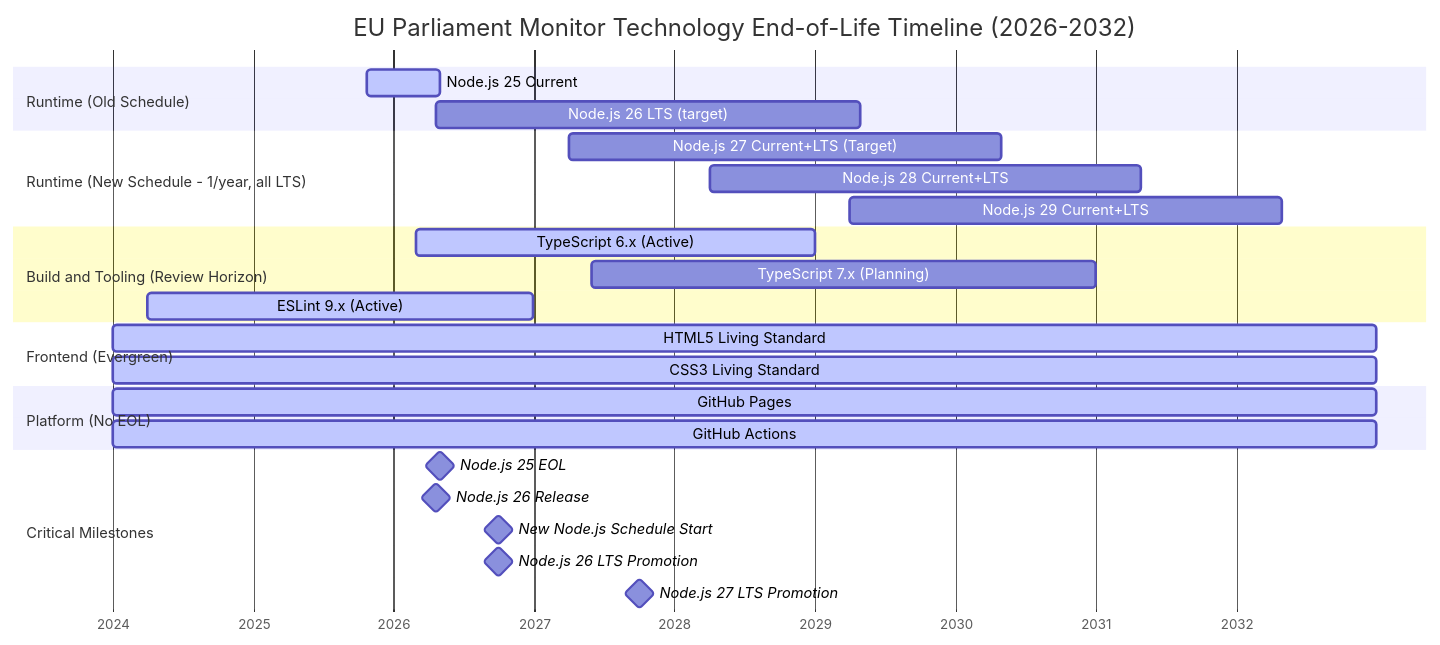
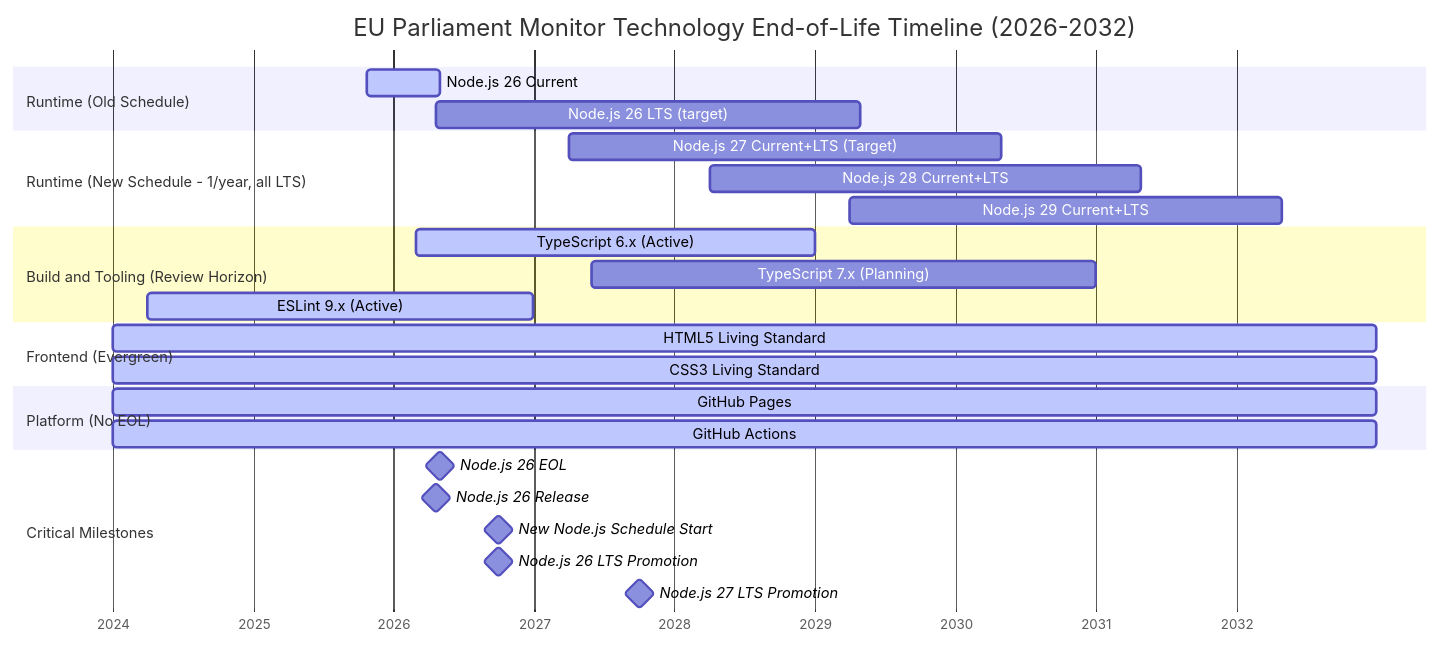
One commit to Hack23/euparliamentmonitor changed the fifth of 6 diagrams in docs/api/media/End-of-Life-Strategy.md. Above: the diagram before and after it, drawn with Mermaid. The commit also changed other lines of this file and 99 other files, not shown here.

````diff
--- a/docs/api/media/End-of-Life-Strategy.md
+++ b/docs/api/media/End-of-Life-Strategy.md
@@ -406,35 +406,35 @@
 ```mermaid
 gantt
     title EU Parliament Monitor Technology End-of-Life Timeline (2026-2032)
     dateFormat YYYY-MM-DD
     axisFormat %Y
 
     section Runtime (Old Schedule)
-    Node.js 25 Current          :active, node25, 2025-10-22, 2026-04-30
+    Node.js 26 Current          :active, node25, 2025-10-22, 2026-04-30
     Node.js 26 LTS (target)     :node26, 2026-04-22, 2029-04-30
 
     section Runtime (New Schedule - 1/year, all LTS)
     Node.js 27 Current+LTS (Target) :node27, 2027-04-01, 2030-04-30
     Node.js 28 Current+LTS          :node28, 2028-04-01, 2031-04-30
     Node.js 29 Current+LTS          :node29, 2029-04-01, 2032-04-30
 
     section Build and Tooling (Review Horizon)
     TypeScript 6.x (Active)     :active, ts6, 2026-03-01, 2028-12-31
     TypeScript 7.x (Planning)   :ts7, 2027-06-01, 2030-12-31
     ESLint 9.x (Active)         :active, eslint9, 2024-04-01, 2026-12-31
 
     section Frontend (Evergreen)
     HTML5 Living Standard       :active, html5, 2024-01-01, 2032-12-31
     CSS3 Living Standard        :active, css3, 2024-01-01, 2032-12-31
 
     section Platform (No EOL)
     GitHub Pages                :active, ghpages, 2024-01-01, 2032-12-31
     GitHub Actions              :active, ghactions, 2024-01-01, 2032-12-31
 
     section Critical Milestones
-    Node.js 25 EOL              :milestone, node25eol, 2026-04-30, 0d
+    Node.js 26 EOL              :milestone, node25eol, 2026-04-30, 0d
     Node.js 26 Release          :milestone, node26rel, 2026-04-22, 0d
     New Node.js Schedule Start  :milestone, newschedule, 2026-10-01, 0d
     Node.js 26 LTS Promotion    :milestone, node26lts, 2026-10-01, 0d
     Node.js 27 LTS Promotion    :milestone, node27lts, 2027-10-01, 0d
 ```
````
